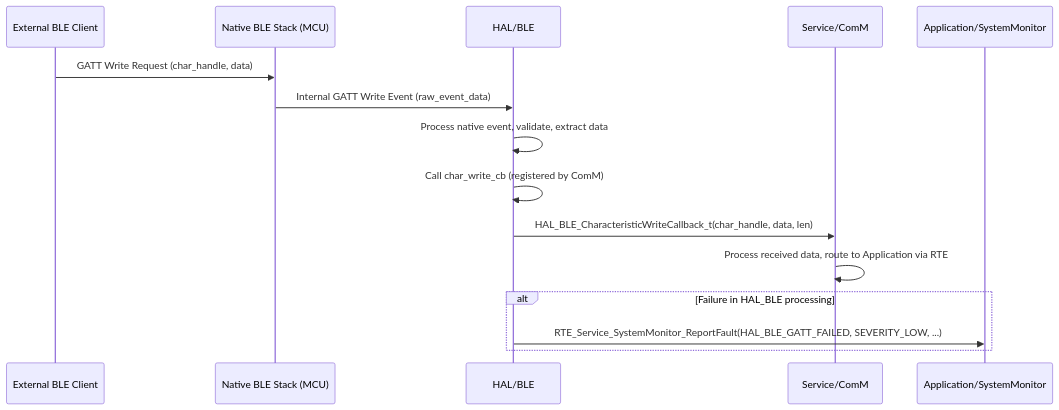
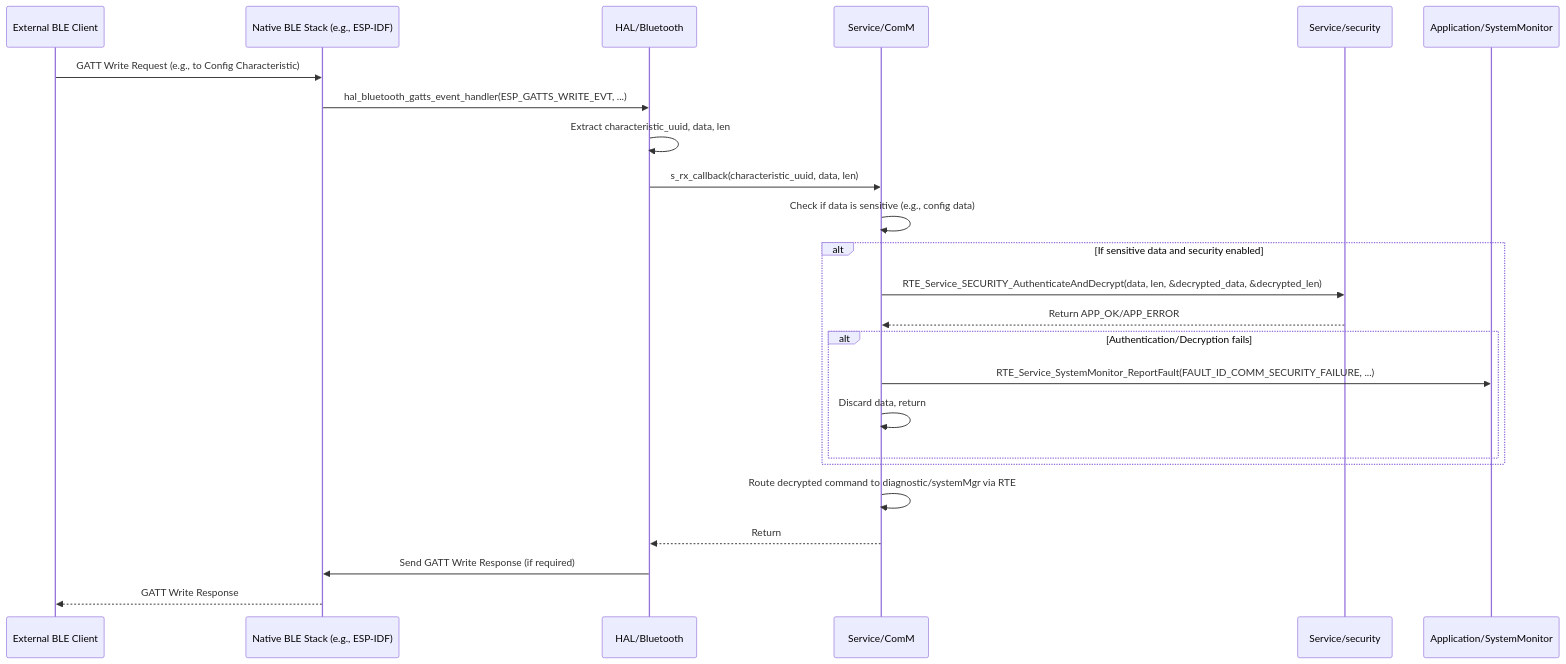
Before and after one commit to ashaker-2/Platform: the diagram in Requiremets/Design/HAL/HAL_BLE_.md, drawn with Mermaid. The commit also changed other lines of this file and 26 other files, not shown here.

````diff
--- a/Requiremets/Design/HAL/HAL_BLE_.md
+++ b/Requiremets/Design/HAL/HAL_BLE_.md
@@ -169,18 +206,27 @@
 ```mermaid
 sequenceDiagram  
     participant BLE_Client as External BLE Client  
-    participant Native_BLE_Stack as Native BLE Stack (MCU)  
-    participant HAL_BLE as HAL/BLE  
+    participant Native_BLE_Stack as Native BLE Stack (e.g., ESP-IDF)  
+    participant HAL_BLUETOOTH as HAL/Bluetooth  
     participant ComM as Service/ComM  
+    participant Security as Service/security  
     participant SystemMonitor as Application/SystemMonitor
 
-    BLE_Client->>Native_BLE_Stack: GATT Write Request (char_handle, data)  
-    Native_BLE_Stack->>HAL_BLE: Internal GATT Write Event (raw_event_data)  
-    HAL_BLE->>HAL_BLE: Process native event, validate, extract data  
-    HAL_BLE->>HAL_BLE: Call char_write_cb (registered by ComM)  
-    HAL_BLE->>ComM: HAL_BLE_CharacteristicWriteCallback_t(char_handle, data, len)  
-    ComM->>ComM: Process received data, route to Application via RTE  
-    alt Failure in HAL_BLE processing  
-        HAL_BLE->>SystemMonitor: RTE_Service_SystemMonitor_ReportFault(HAL_BLE_GATT_FAILED, SEVERITY_LOW, ...)  
-    end
+    BLE_Client->>Native_BLE_Stack: GATT Write Request (e.g., to Config Characteristic)  
+    Native_BLE_Stack->>HAL_BLUETOOTH: hal_bluetooth_gatts_event_handler(ESP_GATTS_WRITE_EVT, ...)  
+    HAL_BLUETOOTH->>HAL_BLUETOOTH: Extract characteristic_uuid, data, len  
+    HAL_BLUETOOTH->>ComM: s_rx_callback(characteristic_uuid, data, len)  
+    ComM->>ComM: Check if data is sensitive (e.g., config data)  
+    alt If sensitive data and security enabled  
+        ComM->>Security: RTE_Service_SECURITY_AuthenticateAndDecrypt(data, len, &decrypted_data, &decrypted_len)  
+        Security-->>ComM: Return APP_OK/APP_ERROR  
+        alt Authentication/Decryption fails  
+            ComM->>SystemMonitor: RTE_Service_SystemMonitor_ReportFault(FAULT_ID_COMM_SECURITY_FAILURE, ...)  
+            ComM->>ComM: Discard data, return  
+        end  
+    end  
+    ComM->>ComM: Route decrypted command to diagnostic/systemMgr via RTE  
+    ComM-->>HAL_BLUETOOTH: Return  
+    HAL_BLUETOOTH->>Native_BLE_Stack: Send GATT Write Response (if required)  
+    Native_BLE_Stack-->>BLE_Client: GATT Write Response
 ```
````
